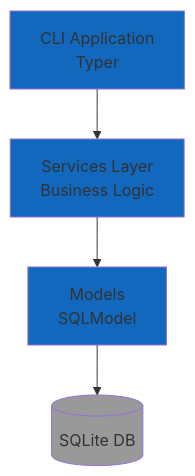
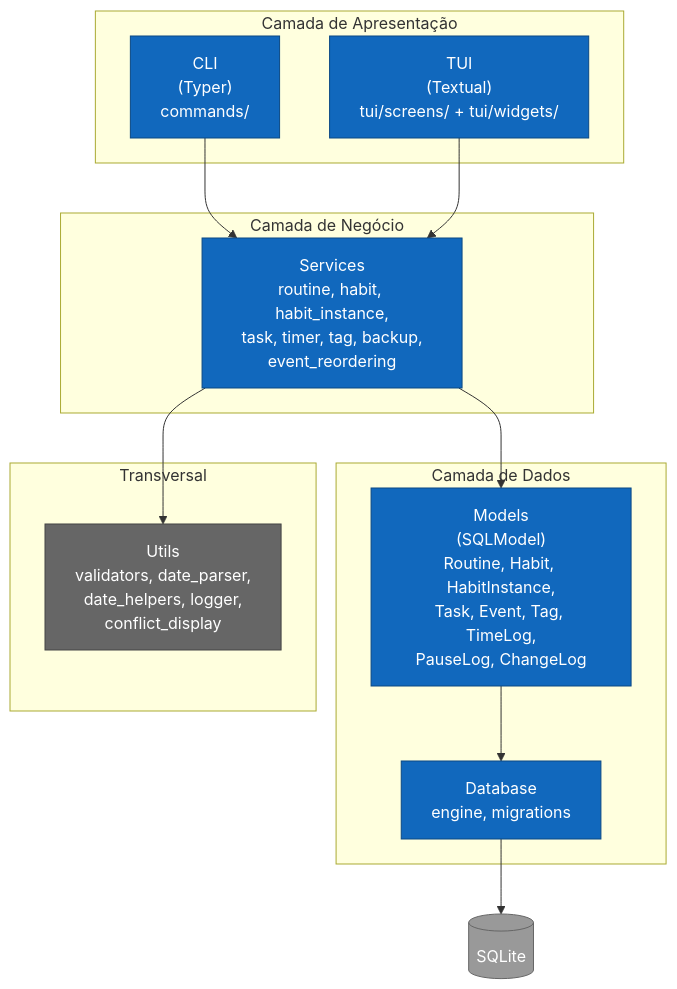
The diagram in docs/diagrams/c4-model/L2-containers.md (fabiodelllima/atomvs-timeblock-terminal), drawn with Mermaid before and after one commit. The commit also changed other lines of this file, not shown here.

First line of the commit message:
docs(diagrams): Reescreve L2 containers com TUI layer

````diff
--- a/docs/diagrams/c4-model/L2-containers.md
+++ b/docs/diagrams/c4-model/L2-containers.md
@@ -3,16 +18,37 @@
 ```mermaid
 graph TB
-    CLI[CLI Application<br/>Typer]
-    Services[Services Layer<br/>Business Logic]
-    Models[Models<br/>SQLModel]
-    DB[(SQLite DB)]
+    subgraph Presentation["Camada de Apresentação"]
+        CLI["CLI<br/>(Typer)<br/>commands/"]
+        TUI["TUI<br/>(Textual)<br/>tui/screens/ + tui/widgets/"]
+    end
+
+    subgraph Business["Camada de Negócio"]
+        Services["Services<br/>routine, habit, habit_instance,<br/>task, timer, tag, backup,<br/>event_reordering"]
+    end
+
+    subgraph Data["Camada de Dados"]
+        Models["Models<br/>(SQLModel)<br/>Routine, Habit, HabitInstance,<br/>Task, Event, Tag, TimeLog,<br/>PauseLog, ChangeLog"]
+        Database["Database<br/>engine, migrations"]
+    end
+
+    subgraph Utils["Transversal"]
+        Util["Utils<br/>validators, date_parser,<br/>date_helpers, logger,<br/>conflict_display"]
+    end
+
+    DB[(SQLite)]
 
     CLI --> Services
+    TUI --> Services
     Services --> Models
-    Models --> DB
+    Models --> Database
+    Database --> DB
+    Services --> Util
 
-    style CLI fill:#1168bd
-    style Services fill:#1168bd
-    style Models fill:#1168bd
-    style DB fill:#999
+    style CLI fill:#1168bd,stroke:#0b4884,color:#fff
+    style TUI fill:#1168bd,stroke:#0b4884,color:#fff
+    style Services fill:#1168bd,stroke:#0b4884,color:#fff
+    style Models fill:#1168bd,stroke:#0b4884,color:#fff
+    style Database fill:#1168bd,stroke:#0b4884,color:#fff
+    style DB fill:#999,stroke:#666,color:#fff
+    style Util fill:#666,stroke:#444,color:#fff
 ```
````
